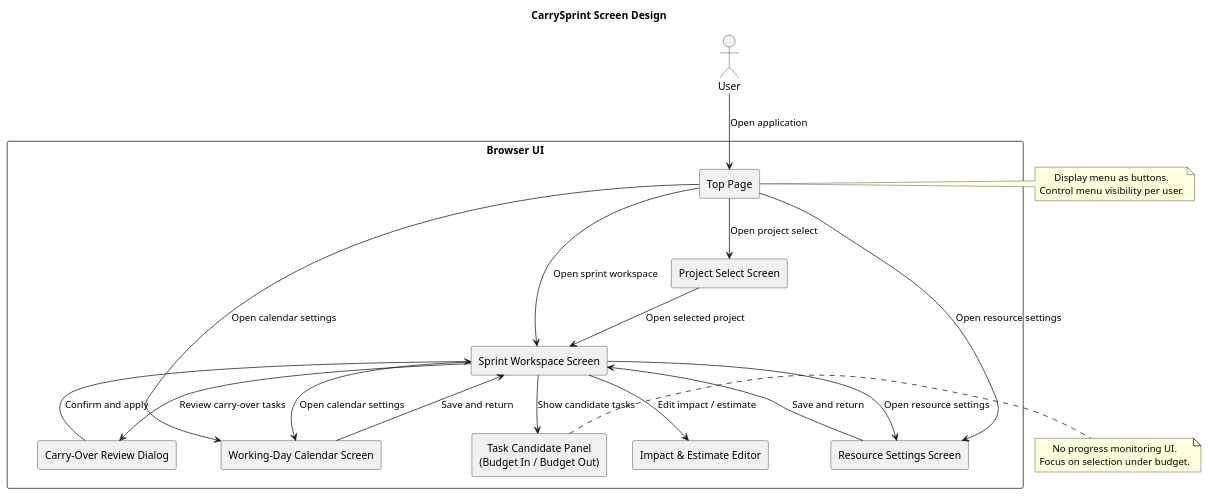
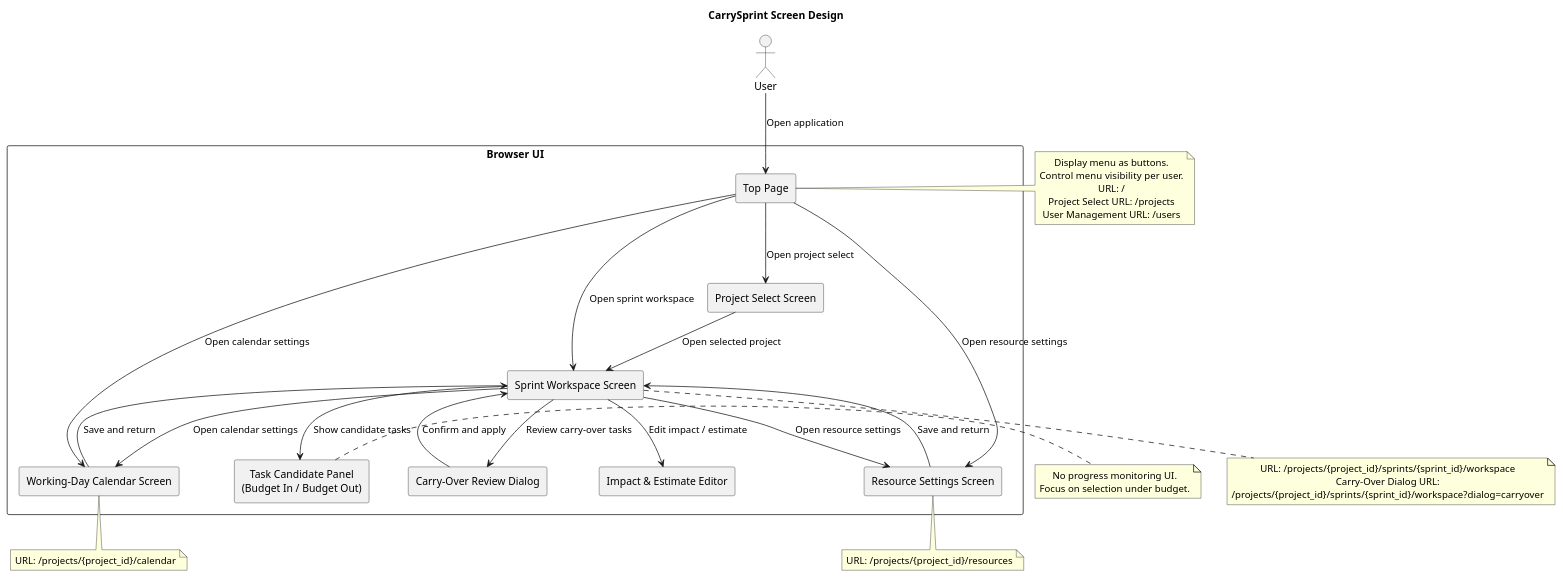
Before and after one commit to fangface-hub/carry_sprint_docs: the diagram in docs/ui/screen_design.puml, drawn with PlantUML. The commit also changed 3 other files, not shown here.

```diff
--- a/docs/ui/screen_design.puml
+++ b/docs/ui/screen_design.puml
@@ -1,49 +1,66 @@
 @startuml CarrySprintScreenDesign
 
 title CarrySprint Screen Design
 
 skinparam shadowing false
 skinparam defaultTextAlignment center
 
 actor "User" as user
 
 rectangle "Browser UI" {
   rectangle "Top Page" as screen_top
   rectangle "Project Select Screen" as screen_projects
   rectangle "Sprint Workspace Screen" as screen_workspace
   rectangle "Task Candidate Panel\n(Budget In / Budget Out)" as panel_task
   rectangle "Impact & Estimate Editor" as panel_editor
   rectangle "Resource Settings Screen" as screen_resource
   rectangle "Working-Day Calendar Screen" as screen_calendar
   rectangle "Carry-Over Review Dialog" as dialog_carry
 }
 
 user --> screen_top : Open application
 screen_top --> screen_projects : Open project select
 screen_top --> screen_workspace : Open sprint workspace
 screen_top --> screen_resource : Open resource settings
 screen_top --> screen_calendar : Open calendar settings
 screen_projects --> screen_workspace : Open selected project
 
 screen_workspace --> panel_task : Show candidate tasks
 screen_workspace --> panel_editor : Edit impact / estimate
 screen_workspace --> dialog_carry : Review carry-over tasks
 
 screen_workspace --> screen_resource : Open resource settings
 screen_workspace --> screen_calendar : Open calendar settings
 
 screen_resource --> screen_workspace : Save and return
 screen_calendar --> screen_workspace : Save and return
 dialog_carry --> screen_workspace : Confirm and apply
 
 note right of screen_top
   Display menu as buttons.
   Control menu visibility per user.
+  URL: /
+  Project Select URL: /projects
+  User Management URL: /users
 end note
 
 note right of panel_task
   No progress monitoring UI.
   Focus on selection under budget.
 end note
 
+note bottom of screen_workspace
+  URL: /projects/{project_id}/sprints/{sprint_id}/workspace
+  Carry-Over Dialog URL:
+  /projects/{project_id}/sprints/{sprint_id}/workspace?dialog=carryover
+end note
+
+note bottom of screen_resource
+  URL: /projects/{project_id}/resources
+end note
+
+note bottom of screen_calendar
+  URL: /projects/{project_id}/calendar
+end note
+
 @enduml
```
